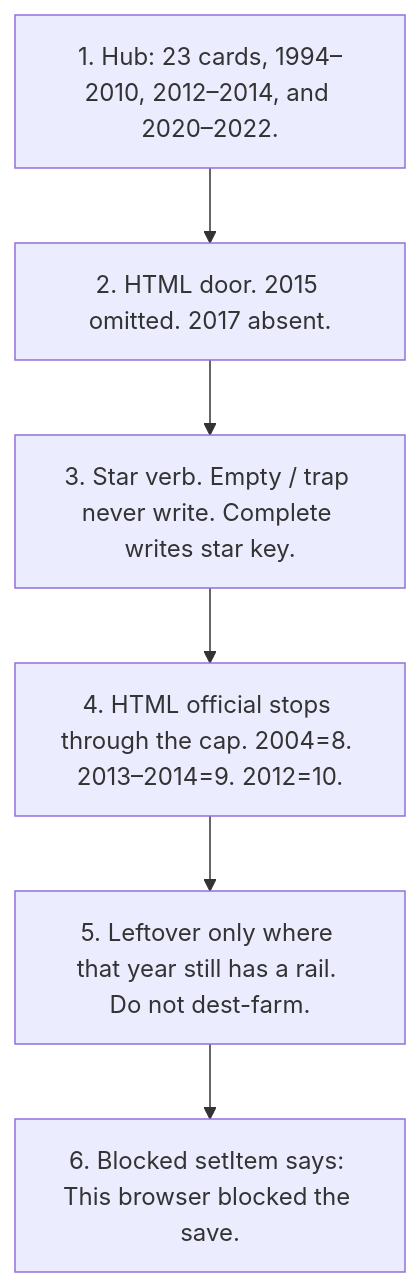
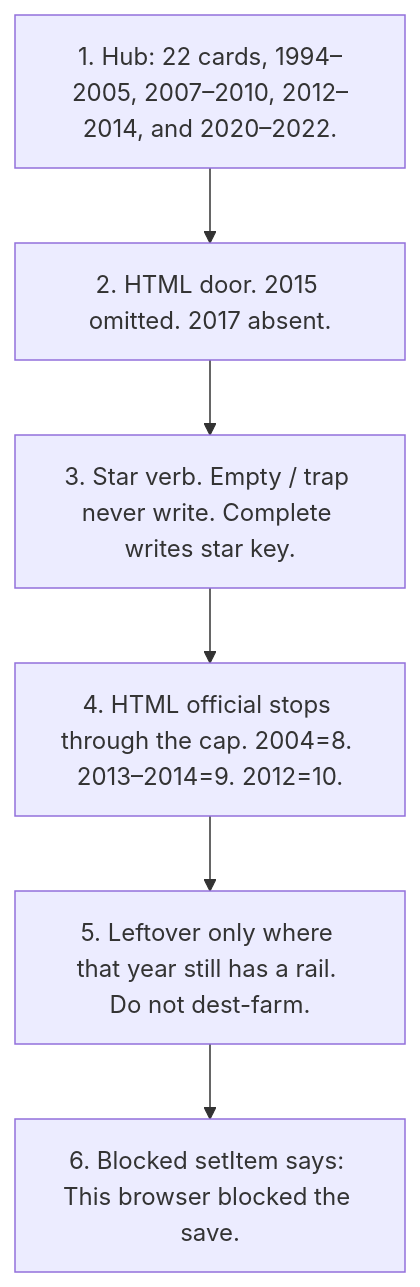
Before and after one commit to sourabhligade/internet-through-time: the fourth of 5 diagrams in docs/FLOW-CHECK-DIAGRAM.md, drawn with Mermaid. The commit also changed other lines of this file and 972 other files, not shown here.

````diff
--- a/docs/FLOW-CHECK-DIAGRAM.md
+++ b/docs/FLOW-CHECK-DIAGRAM.md
@@ -90,8 +90,8 @@
 ```mermaid
 flowchart TD
- A["1. Hub: 23 cards, 1994–2010, 2012–2014, and 2020–2022."] --> B["2. HTML door. 2015 omitted. 2017 absent."]
+ A["1. Hub: 22 cards, 1994–2005, 2007–2010, 2012–2014, and 2020–2022."] --> B["2. HTML door. 2015 omitted. 2017 absent."]
  B --> C["3. Star verb. Empty / trap never write. Complete writes star key."]
  C --> D["4. HTML official stops through the cap. 2004=8. 2013–2014=9. 2012=10."]
  D --> E["5. Leftover only where that year still has a rail. Do not dest-farm."]
  E --> F["6. Blocked setItem says: This browser blocked the save."]
 ```
````
